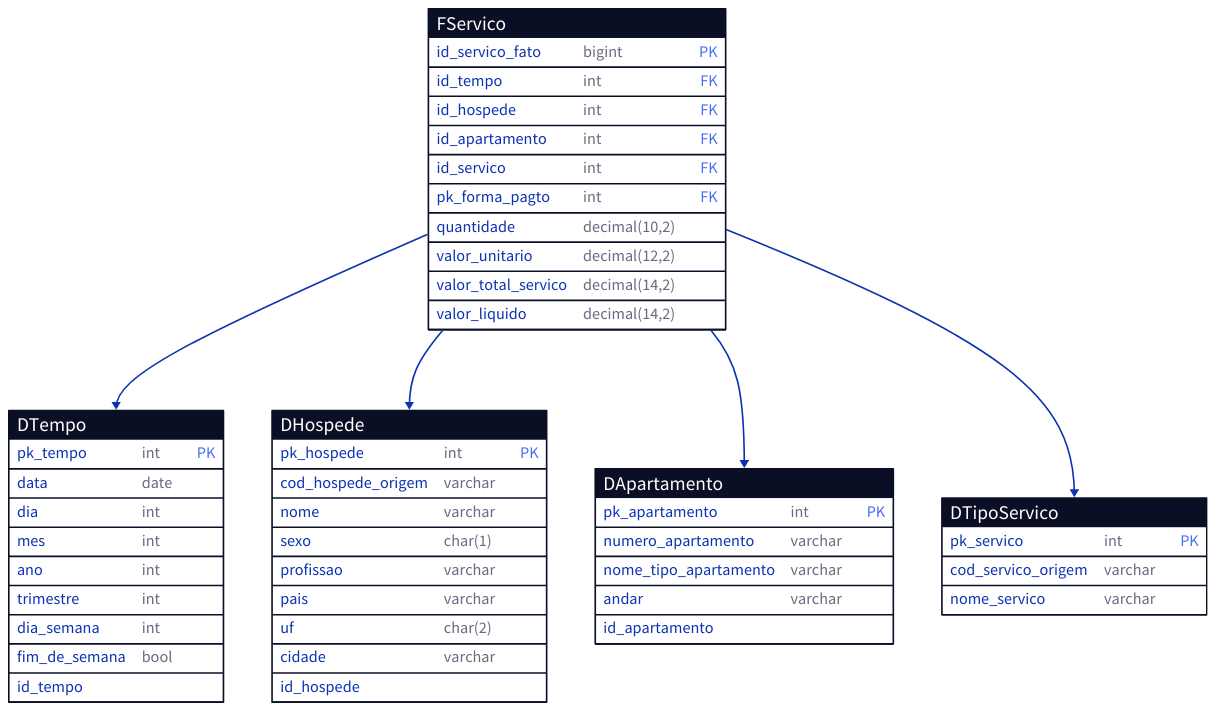
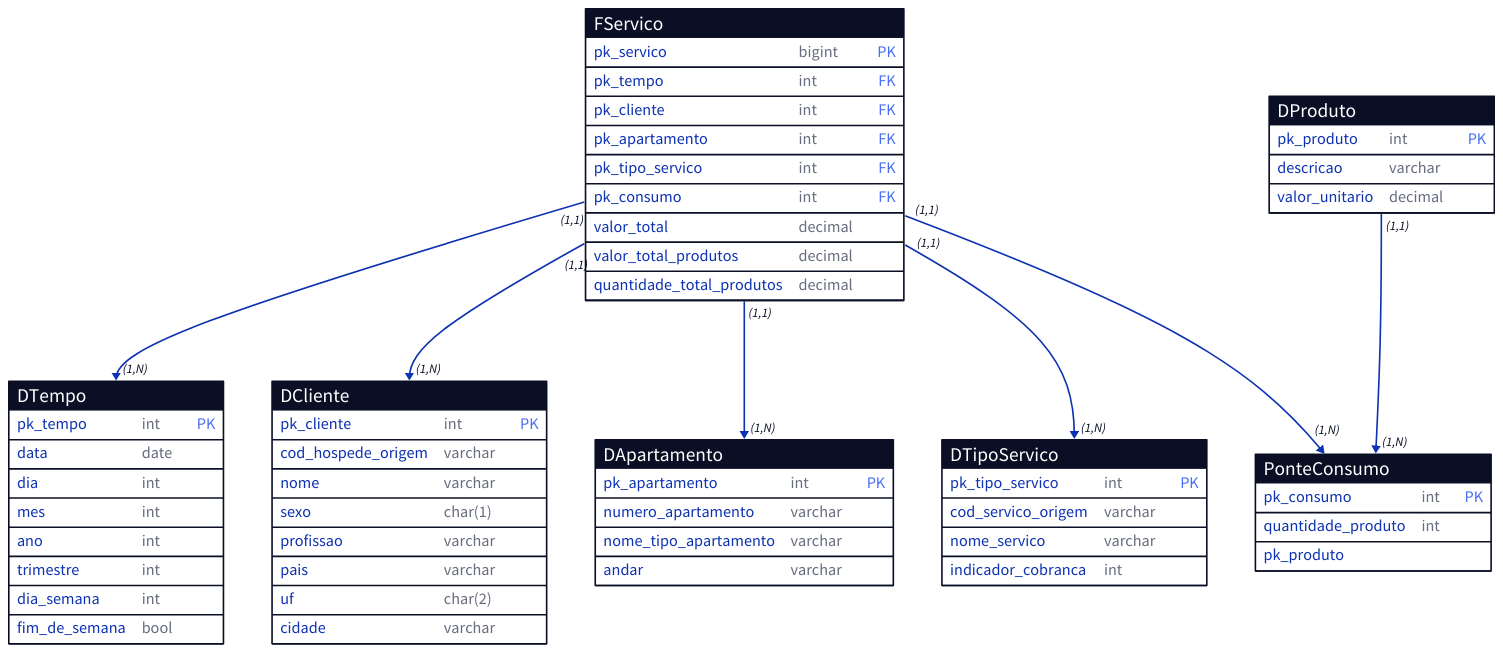
One commit to saitoi/projeto-final-dw changed the diagram in trab-hoje/model.d2. Above: the diagram before and after it, drawn with D2. The commit also changed 1 other file, not shown here.

```diff
--- a/trab-hoje/model.d2
+++ b/trab-hoje/model.d2
@@ -1,79 +1,112 @@
 vars: {
   d2-config: {
     layout-engine: dagre
     theme-id: 0
   }
 }
 
 DTempo: {
   shape: sql_table
   pk_tempo: int {constraint: primary_key}
   data: date
   dia: int
   mes: int
   ano: int
   trimestre: int
   dia_semana: int
   fim_de_semana: bool
 }
 
-
-
-DHospede: {
+DCliente: {
   shape: sql_table
-  pk_hospede: int {constraint: primary_key}
+  pk_cliente: int {constraint: primary_key}
   cod_hospede_origem: varchar
   nome: varchar
   sexo: char(1)
   profissao: varchar
   pais: varchar
   uf: char(2)
   cidade: varchar
 }
 
 # Atributos a serem reavaliados:
 #       Tipo da cama é relevante?
 #       Cama de casal é importante?
 
 DApartamento: {
   shape: sql_table
   pk_apartamento: int {constraint: primary_key}
   # cod_apartamento_origem: varchar
   numero_apartamento: varchar
   nome_tipo_apartamento: varchar
   andar: varchar
   # bloco: varchar(10)
 }
 
 # Comentei alguns atributos
 
 DTipoServico: {
   shape: sql_table
-  pk_servico: int {constraint: primary_key}
+  pk_tipo_servico: int {constraint: primary_key}
   cod_servico_origem: varchar
   nome_servico: varchar
+  indicador_cobranca: int # ?
   # categoria_servico: varchar
   # unidade: varchar
   # ativo: char
 }
 
 FServico: {
   shape: sql_table
-  id_servico_fato: bigint {constraint: primary_key}
-  id_tempo: int {constraint: foreign_key}
-  id_hospede: int {constraint: foreign_key}
-  id_apartamento: int {constraint: foreign_key}
-  id_servico: int {constraint: foreign_key}
-  pk_forma_pagto: int {constraint: foreign_key}
-  quantidade: decimal(10,2)
-  valor_unitario: decimal(12,2)
-  valor_total_servico: decimal(14,2)
-  valor_liquido: decimal(14,2)
-  # nro_comanda: varchar(30)
+  pk_servico: bigint {constraint: primary_key}
+  pk_tempo: int {constraint: foreign_key}
+  pk_cliente: int {constraint: foreign_key}
+  pk_apartamento: int {constraint: foreign_key}
+  pk_tipo_servico: int {constraint: foreign_key}
+  pk_consumo: int {constraint: foreign_key}
+  valor_total: decimal
+  valor_total_produtos: decimal
+  quantidade_total_produtos: decimal
+  # valor_liquido: decimal
+  # nro_comanda: varchar
   # nro_hospedagem: varchar(30)
 }
 
-FServico.id_tempo -> DTempo.id_tempo
-FServico.id_hospede -> DHospede.id_hospede
-FServico.id_apartamento -> DApartamento.id_apartamento
-FServico.id_servico -> DTipoServico.pk_servico
+PonteConsumo: {
+  shape: sql_table
+  pk_consumo: int {constraint: primary_key}
+  quantidade_produto: int
+}
+
+DProduto: {
+  shape: sql_table
+  pk_produto: int {constraint: primary_key}
+  descricao: varchar
+  valor_unitario: decimal
+}
+
+
+FServico.pk_tempo -> DTempo.pk_tempo: {
+    source-arrowhead.label: (1,1)
+    target-arrowhead.label: (1,N)
+}
+FServico.pk_cliente -> DCliente.pk_cliente: {
+    source-arrowhead.label: (1,1)
+    target-arrowhead.label: (1,N)
+}
+FServico.pk_apartamento -> DApartamento.pk_apartamento: {
+    source-arrowhead.label: (1,1)
+    target-arrowhead.label: (1,N)
+}
+FServico.pk_tipo_servico -> DTipoServico.pk_tipo_servico: {
+    source-arrowhead.label: (1,1)
+    target-arrowhead.label: (1,N)
+}
+FServico.pk_consumo -> PonteConsumo.pk_consumo: {
+    source-arrowhead.label: (1,1)
+    target-arrowhead.label: (1,N)
+}
+DProduto.pk_produto -> PonteConsumo.pk_produto: {
+    source-arrowhead.label: (1,1)
+    target-arrowhead.label: (1,N)
+}
```
